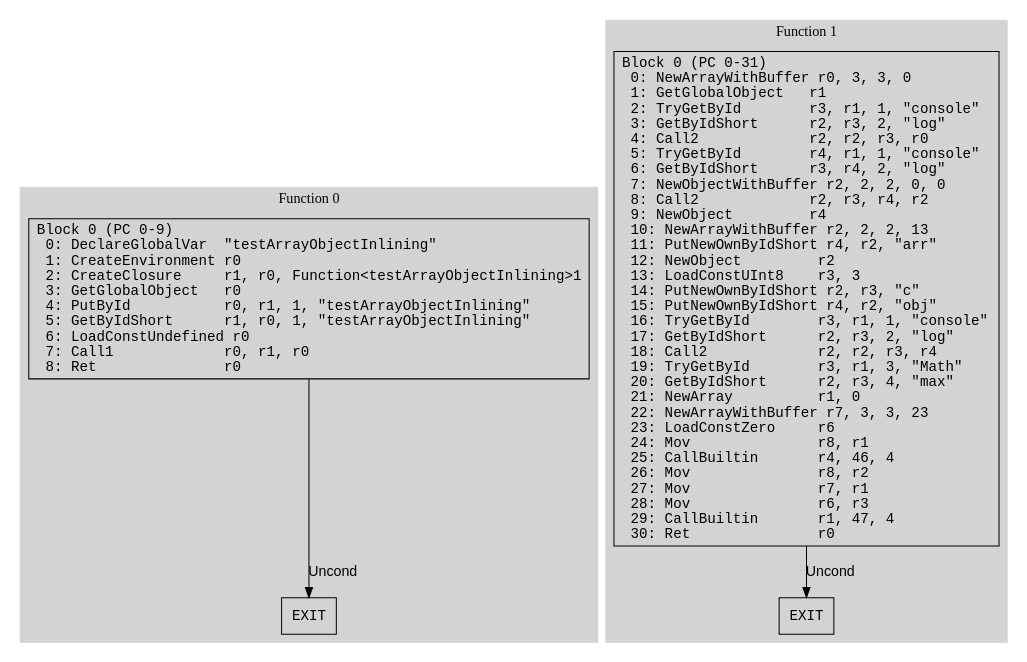
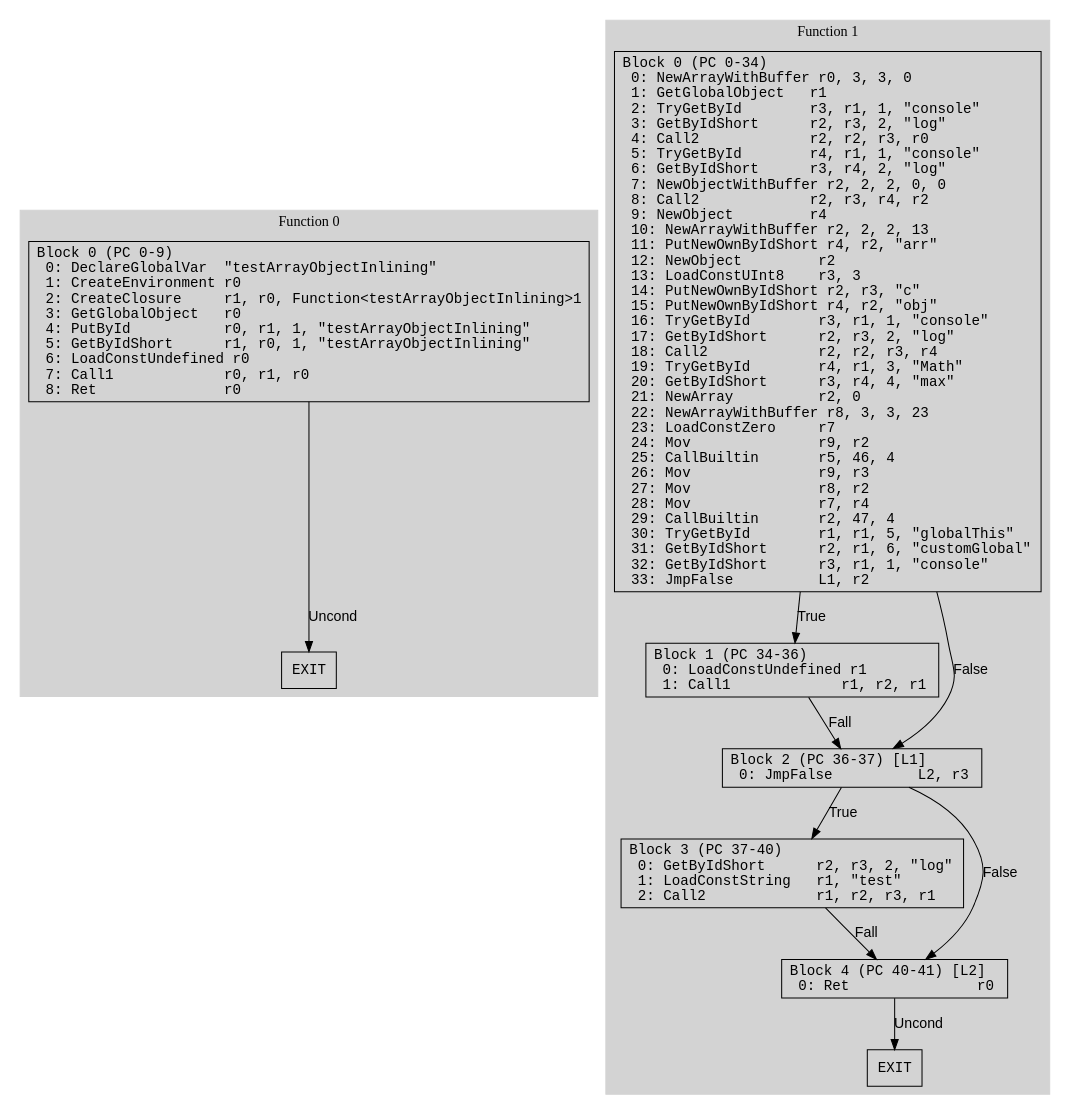
The diagram in data/test_array_object_inline.dot (kroo/hermes-dec-rs), drawn with Graphviz before and after one commit. The commit also changed 25 other files, not shown here.

```diff
--- a/data/test_array_object_inline.dot
+++ b/data/test_array_object_inline.dot
@@ -1,34 +1,44 @@
 // CFG analysis for test_array_object_inline
 // Generated from data/test_array_object_inline.hbc
 
 digraph {
   rankdir=TB;
   node [shape=box, fontname="monospace"];
 
   subgraph cluster_function_0 {
     label = "Function 0";
     style = filled;
     color = lightgrey;
 
     edge [fontname="Arial"];
 
     f0_n0 [ label = "Block 0 (PC 0-9)\l  0: DeclareGlobalVar  \"testArrayObjectInlining\"\l  1: CreateEnvironment r0\l  2: CreateClosure     r1, r0, Function<testArrayObjectInlining>1\l  3: GetGlobalObject   r0\l  4: PutById           r0, r1, 1, \"testArrayObjectInlining\"\l  5: GetByIdShort      r1, r0, 1, \"testArrayObjectInlining\"\l  6: LoadConstUndefined r0\l  7: Call1             r0, r1, r0\l  8: Ret               r0\l" ]
     f0_n1 [ label = "EXIT" ]
 
     f0_n0 -> f0_n1 [label="Uncond"]
   }
 
   subgraph cluster_function_1 {
     label = "Function 1";
     style = filled;
     color = lightgrey;
 
     edge [fontname="Arial"];
 
-    f1_n0 [ label = "Block 0 (PC 0-31)\l  0: NewArrayWithBuffer r0, 3, 3, 0\l  1: GetGlobalObject   r1\l  2: TryGetById        r3, r1, 1, \"console\"\l  3: GetByIdShort      r2, r3, 2, \"log\"\l  4: Call2             r2, r2, r3, r0\l  5: TryGetById        r4, r1, 1, \"console\"\l  6: GetByIdShort      r3, r4, 2, \"log\"\l  7: NewObjectWithBuffer r2, 2, 2, 0, 0\l  8: Call2             r2, r3, r4, r2\l  9: NewObject         r4\l  10: NewArrayWithBuffer r2, 2, 2, 13\l  11: PutNewOwnByIdShort r4, r2, \"arr\"\l  12: NewObject         r2\l  13: LoadConstUInt8    r3, 3\l  14: PutNewOwnByIdShort r2, r3, \"c\"\l  15: PutNewOwnByIdShort r4, r2, \"obj\"\l  16: TryGetById        r3, r1, 1, \"console\"\l  17: GetByIdShort      r2, r3, 2, \"log\"\l  18: Call2             r2, r2, r3, r4\l  19: TryGetById        r3, r1, 3, \"Math\"\l  20: GetByIdShort      r2, r3, 4, \"max\"\l  21: NewArray          r1, 0\l  22: NewArrayWithBuffer r7, 3, 3, 23\l  23: LoadConstZero     r6\l  24: Mov               r8, r1\l  25: CallBuiltin       r4, 46, 4\l  26: Mov               r8, r2\l  27: Mov               r7, r1\l  28: Mov               r6, r3\l  29: CallBuiltin       r1, 47, 4\l  30: Ret               r0\l" ]
-    f1_n1 [ label = "EXIT" ]
+    f1_n0 [ label = "Block 0 (PC 0-34)\l  0: NewArrayWithBuffer r0, 3, 3, 0\l  1: GetGlobalObject   r1\l  2: TryGetById        r3, r1, 1, \"console\"\l  3: GetByIdShort      r2, r3, 2, \"log\"\l  4: Call2             r2, r2, r3, r0\l  5: TryGetById        r4, r1, 1, \"console\"\l  6: GetByIdShort      r3, r4, 2, \"log\"\l  7: NewObjectWithBuffer r2, 2, 2, 0, 0\l  8: Call2             r2, r3, r4, r2\l  9: NewObject         r4\l  10: NewArrayWithBuffer r2, 2, 2, 13\l  11: PutNewOwnByIdShort r4, r2, \"arr\"\l  12: NewObject         r2\l  13: LoadConstUInt8    r3, 3\l  14: PutNewOwnByIdShort r2, r3, \"c\"\l  15: PutNewOwnByIdShort r4, r2, \"obj\"\l  16: TryGetById        r3, r1, 1, \"console\"\l  17: GetByIdShort      r2, r3, 2, \"log\"\l  18: Call2             r2, r2, r3, r4\l  19: TryGetById        r4, r1, 3, \"Math\"\l  20: GetByIdShort      r3, r4, 4, \"max\"\l  21: NewArray          r2, 0\l  22: NewArrayWithBuffer r8, 3, 3, 23\l  23: LoadConstZero     r7\l  24: Mov               r9, r2\l  25: CallBuiltin       r5, 46, 4\l  26: Mov               r9, r3\l  27: Mov               r8, r2\l  28: Mov               r7, r4\l  29: CallBuiltin       r2, 47, 4\l  30: TryGetById        r1, r1, 5, \"globalThis\"\l  31: GetByIdShort      r2, r1, 6, \"customGlobal\"\l  32: GetByIdShort      r3, r1, 1, \"console\"\l  33: JmpFalse          L1, r2\l" ]
+    f1_n1 [ label = "Block 1 (PC 34-36)\l  0: LoadConstUndefined r1\l  1: Call1             r1, r2, r1\l" ]
+    f1_n2 [ label = "Block 2 (PC 36-37) [L1]\l  0: JmpFalse          L2, r3\l" ]
+    f1_n3 [ label = "Block 3 (PC 37-40)\l  0: GetByIdShort      r2, r3, 2, \"log\"\l  1: LoadConstString   r1, \"test\"\l  2: Call2             r1, r2, r3, r1\l" ]
+    f1_n4 [ label = "Block 4 (PC 40-41) [L2]\l  0: Ret               r0\l" ]
+    f1_n5 [ label = "EXIT" ]
 
-    f1_n0 -> f1_n1 [label="Uncond"]
+    f1_n0 -> f1_n2 [label="False"]
+    f1_n0 -> f1_n1 [label="True"]
+    f1_n1 -> f1_n2 [label="Fall"]
+    f1_n2 -> f1_n4 [label="False"]
+    f1_n2 -> f1_n3 [label="True"]
+    f1_n3 -> f1_n4 [label="Fall"]
+    f1_n4 -> f1_n5 [label="Uncond"]
   }
 
 }
```
